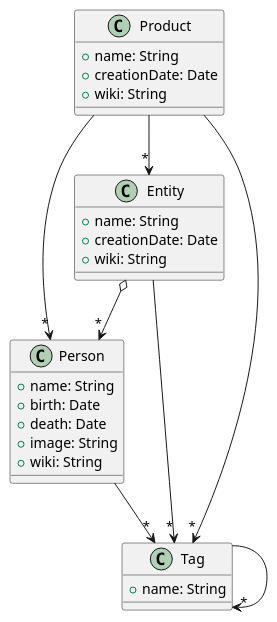
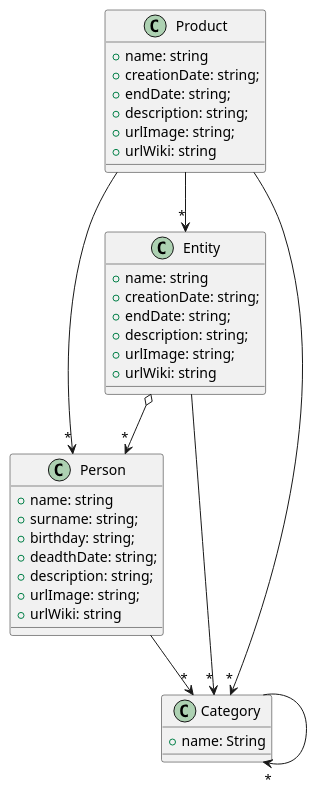
The first of 7 diagrams in index.adoc (nataliacasanova/analesdelaciencia), drawn with PlantUML before and after one commit. The commit also changed other lines of this file and 33 other files, not shown here.

```diff
--- a/index.adoc
+++ b/index.adoc
@@ -17,35 +17,43 @@
 [plantuml, draughtsModeloDominio, svg]
 ....
 class Person {
-+ name: String
-+ birth: Date
-+ death: Date
-+ image: String
-+ wiki: String 
++ name: string
++ surname: string;
++ birthday: string;
++ deadthDate: string;
++ description: string;
++ urlImage: string;
++ urlWiki: string
 }
 
 class Entity {
-+ name: String
-+ creationDate: Date
-+ wiki: String
++ name: string
++ creationDate: string;
++ endDate: string;
++ description: string;
++ urlImage: string;
++ urlWiki: string
 }
 
 class Product {
-+ name: String
-+ creationDate: Date
-+ wiki: String
++ name: string
++ creationDate: string;
++ endDate: string;
++ description: string;
++ urlImage: string;
++ urlWiki: string
 }
 
-class Tag{
+class Category{
 + name: String
 }
 
 Product -down-> "*" Person
 Product -down-> "*" Entity
 Entity o-down-> "*" Person
-Product --> "*" Tag
-Entity --> "*" Tag
-Person --> "*" Tag
-Tag --> "*" Tag
+Product --> "*" Category
+Entity --> "*" Category
+Person --> "*" Category
+Category --> "*" Category
 
 ....
```
